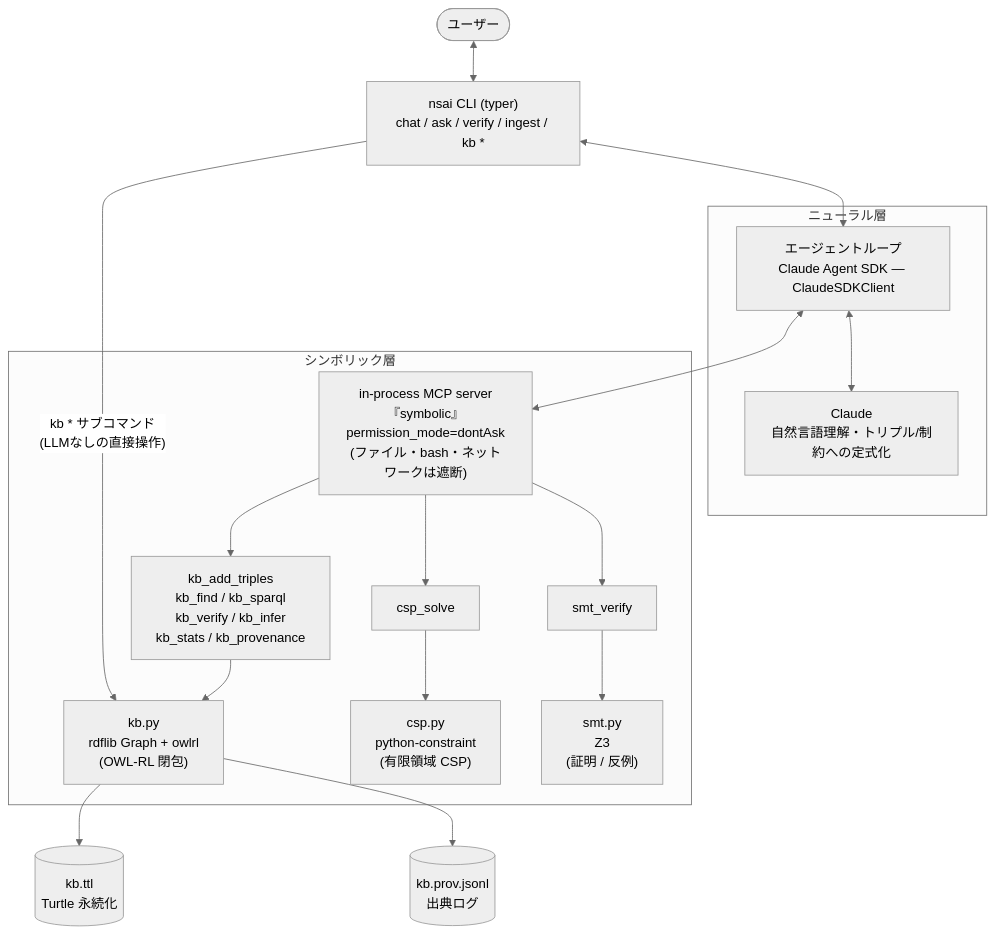
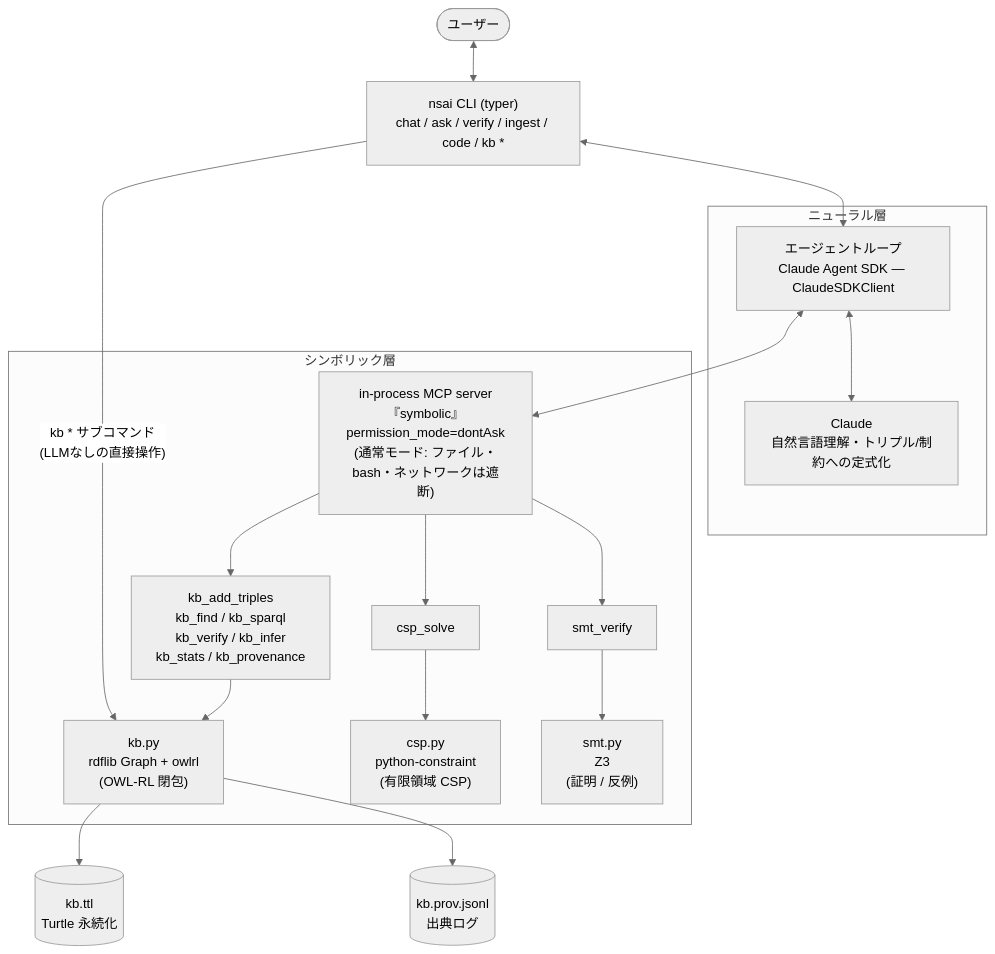
One commit to HNakamura33/neuro-symbolic-ai changed the first of 3 diagrams in README.md. Above: the diagram before and after it, drawn with Mermaid (neutral theme). The commit also changed other lines of this file, not shown here.

First line of the commit message:
Add hybrid coding mode diagram to README

````diff
--- a/README.md
+++ b/README.md
@@ -18,26 +18,26 @@
 ```mermaid
 flowchart TB
-    User([ユーザー]) <--> CLI["nsai CLI (typer)<br/>chat / ask / verify / ingest / kb *"]
+    User([ユーザー]) <--> CLI["nsai CLI (typer)<br/>chat / ask / verify / ingest / code / kb *"]
 
     CLI <--> Agent["エージェントループ<br/>Claude Agent SDK — ClaudeSDKClient"]
     CLI -- "kb * サブコマンド<br/>(LLMなしの直接操作)" --> KB
 
     subgraph Neural["ニューラル層"]
         Agent <--> Claude["Claude<br/>自然言語理解・トリプル/制約への定式化"]
     end
 
-    Agent <--> MCP["in-process MCP server『symbolic』<br/>permission_mode=dontAsk<br/>(ファイル・bash・ネットワークは遮断)"]
+    Agent <--> MCP["in-process MCP server『symbolic』<br/>permission_mode=dontAsk<br/>(通常モード: ファイル・bash・ネットワークは遮断)"]
 
     subgraph Symbolic["シンボリック層"]
         MCP --> T1["kb_add_triples<br/>kb_find / kb_sparql<br/>kb_verify / kb_infer<br/>kb_stats / kb_provenance"]
         MCP --> T2["csp_solve"]
         MCP --> T3["smt_verify"]
 
         T1 --> KB["kb.py<br/>rdflib Graph + owlrl<br/>(OWL-RL 閉包)"]
         T2 --> CSP["csp.py<br/>python-constraint<br/>(有限領域 CSP)"]
         T3 --> SMT["smt.py<br/>Z3<br/>(証明 / 反例)"]
     end
 
     KB --> TTL[("kb.ttl<br/>Turtle 永続化")]
     KB --> PROV[("kb.prov.jsonl<br/>出典ログ")]
 ```
````
